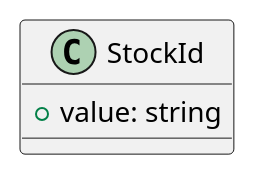
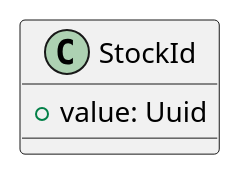
Before and after one commit to paper2/ddd-hands-on-kotlin: the diagram in src/main/kotlin/stock_management/domain/models/book/stock/stock_id/StockId.puml, drawn with PlantUML. The commit also changed 3 other files, not shown here.

```diff
--- a/src/main/kotlin/stock_management/domain/models/book/stock/stock_id/StockId.puml
+++ b/src/main/kotlin/stock_management/domain/models/book/stock/stock_id/StockId.puml
@@ -2,7 +2,7 @@
 @startuml StockId
 
 class "StockId" as StockId {
-    + value: string
+    + value: Uuid
 }
 
 @enduml
```
